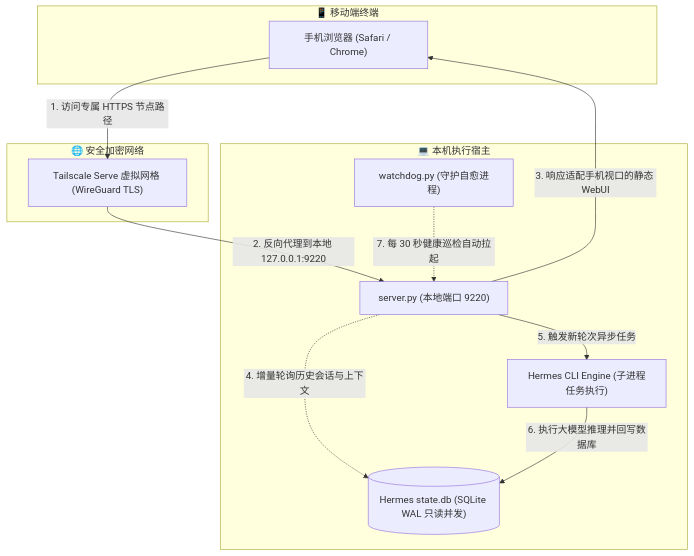
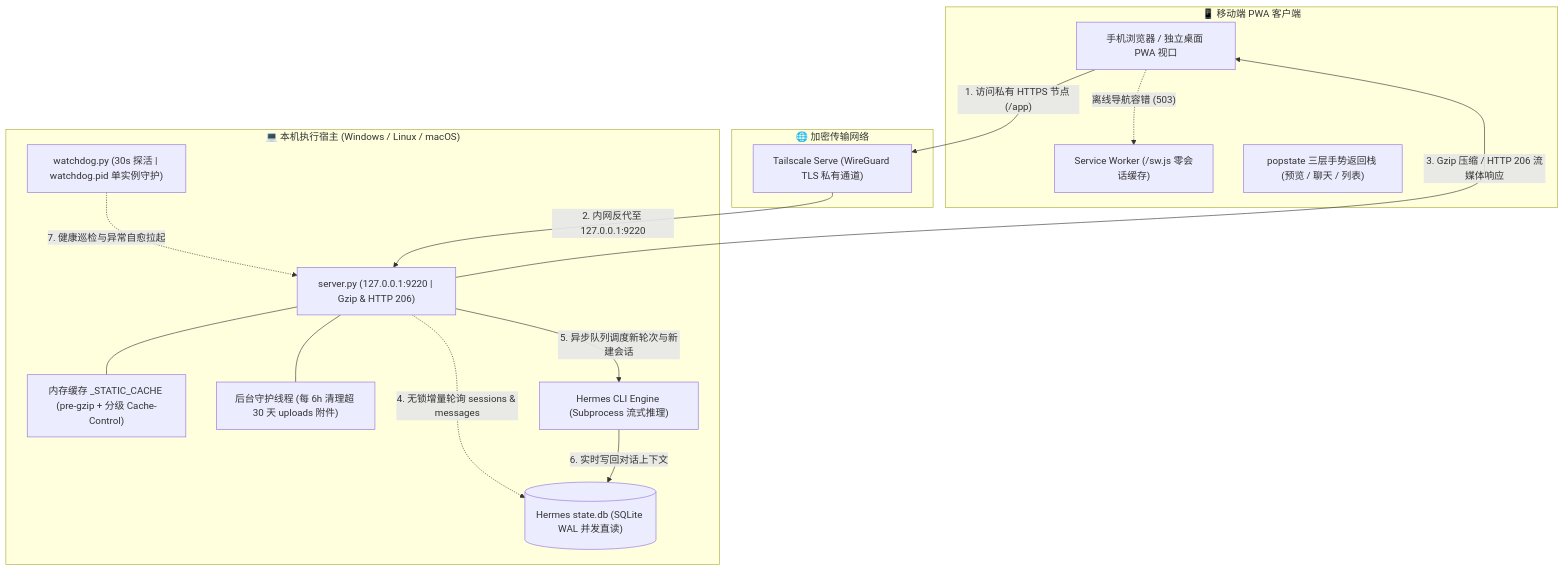
One commit to Luofeng-Cloud/Hermes-Web-Remote changed the diagram in README.md. Above: the diagram before and after it, drawn with Mermaid. The commit also changed other lines of this file and 10 other files, not shown here.

Commit message:
feat(v1.0.1): add PWA installability, HTTP 206 streaming, gzip compression, and mobile UX polish

````diff
--- a/README.md
+++ b/README.md
@@ -15,25 +30,32 @@
 ```mermaid
 flowchart TD
-    subgraph Mobile ["📱 移动端终端"]
-        Browser["手机浏览器 (Safari / Chrome)"]
+    subgraph Mobile ["📱 移动端 PWA 客户端"]
+        Browser["手机浏览器 / 独立桌面 PWA 视口"]
+        SW["Service Worker (/sw.js 零会话缓存)"]
+        NavStack["popstate 三层手势返回栈 (预览 / 聊天 / 列表)"]
     end
 
-    subgraph Tunnel ["🌐 安全加密网络"]
-        TSProxy["Tailscale Serve 虚拟网格 (WireGuard TLS)"]
+    subgraph Tunnel ["🌐 加密传输网络"]
+        TSProxy["Tailscale Serve (WireGuard TLS 私有通道)"]
     end
 
-    subgraph Host ["💻 本机执行宿主"]
-        Server["server.py (本地端口 9220)"]
-        Watchdog["watchdog.py (守护自愈进程)"]
-        StateDB[("Hermes state.db (SQLite WAL 只读并发)")]
-        HermesCLI["Hermes CLI Engine (子进程任务执行)"]
+    subgraph Host ["💻 本机执行宿主 (Windows / Linux / macOS)"]
+        Server["server.py (127.0.0.1:9220 | Gzip & HTTP 206)"]
+        StaticCache["内存缓存 _STATIC_CACHE (pre-gzip + 分级 Cache-Control)"]
+        CleanupDaemon["后台守护线程 (每 6h 清理超 30 天 uploads 附件)"]
+        Watchdog["watchdog.py (30s 探活 | watchdog.pid 单实例守护)"]
+        StateDB[("Hermes state.db (SQLite WAL 并发直读)")]
+        HermesCLI["Hermes CLI Engine (Subprocess 流式推理)"]
     end
 
-    Browser -- "1. 访问专属 HTTPS 节点路径" --> TSProxy
-    TSProxy -- "2. 反向代理到本地 127.0.0.1:9220" --> Server
-    Server -- "3. 响应适配手机视口的静态 WebUI" --> Browser
-    Server -. "4. 增量轮询历史会话与上下文" .-> StateDB
-    Server -- "5. 触发新轮次异步任务" --> HermesCLI
-    HermesCLI -- "6. 执行大模型推理并回写数据库" --> StateDB
-    Watchdog -. "7. 每 30 秒健康巡检自动拉起" .-> Server
+    Browser -- "1. 访问私有 HTTPS 节点 (/app)" --> TSProxy
+    Browser -. "离线导航容错 (503)" .-> SW
+    TSProxy -- "2. 内网反代至 127.0.0.1:9220" --> Server
+    Server -- "3. Gzip 压缩 / HTTP 206 流媒体响应" --> Browser
+    Server --- StaticCache
+    Server --- CleanupDaemon
+    Server -. "4. 无锁增量轮询 sessions & messages" .-> StateDB
+    Server -- "5. 异步队列调度新轮次与新建会话" --> HermesCLI
+    HermesCLI -- "6. 实时写回对话上下文" --> StateDB
+    Watchdog -. "7. 健康巡检与异常自愈拉起" .-> Server
 ```
````
